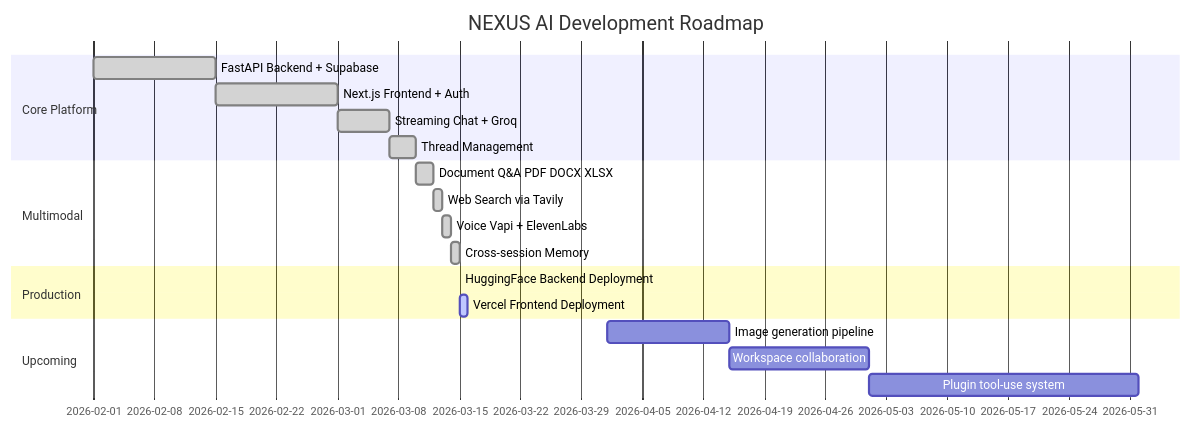
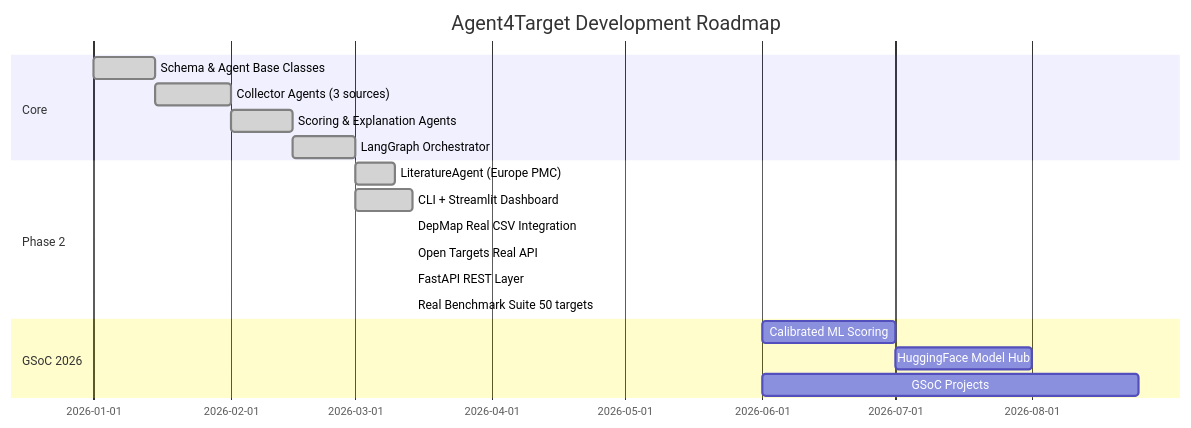
One commit to kumardhruv88/agent4agent changed the second of 2 diagrams in README.md. Above: the diagram before and after it, drawn with Mermaid. The commit also changed other lines of this file, not shown here.

````diff
--- a/README.md
+++ b/README.md
@@ -404,22 +452,21 @@
 ```mermaid
 gantt
-    title NEXUS AI Development Roadmap
+    title Agent4Target Development Roadmap
     dateFormat YYYY-MM-DD
-    section Core Platform
-        FastAPI Backend + Supabase       :done,    2026-02-01, 2026-02-15
-        Next.js Frontend + Auth          :done,    2026-02-15, 2026-03-01
-        Streaming Chat + Groq            :done,    2026-03-01, 2026-03-07
-        Thread Management                :done,    2026-03-07, 2026-03-10
-    section Multimodal
-        Document Q&A PDF DOCX XLSX       :done,    2026-03-10, 2026-03-12
-        Web Search via Tavily            :done,    2026-03-12, 2026-03-13
-        Voice Vapi + ElevenLabs          :done,    2026-03-13, 2026-03-14
-        Cross-session Memory             :done,    2026-03-14, 2026-03-15
-    section Production
-        HuggingFace Backend Deployment   :done,    2026-03-15, 2026-03-15
-        Vercel Frontend Deployment       :active,  2026-03-15, 2026-03-16
-    section Upcoming
-        Image generation pipeline        :         2026-04-01, 2026-04-15
-        Workspace collaboration          :         2026-04-15, 2026-05-01
-        Plugin tool-use system           :         2026-05-01, 2026-06-01
+    section Core
+        Schema & Agent Base Classes     :done,    2026-01-01, 2026-01-15
+        Collector Agents (3 sources)    :done,    2026-01-15, 2026-02-01
+        Scoring & Explanation Agents    :done,    2026-02-01, 2026-02-15
+        LangGraph Orchestrator          :done,    2026-02-15, 2026-03-01
+    section Phase 2
+        LiteratureAgent (Europe PMC)    :done,    2026-03-01, 2026-03-10
+        CLI + Streamlit Dashboard       :done,    2026-03-01, 2026-03-14
+        DepMap Real CSV Integration     :done,    2026-03-14, 2026-03-14
+        Open Targets Real API           :done,    2026-03-14, 2026-03-14
+        FastAPI REST Layer              :done,    2026-03-14, 2026-03-14
+        Real Benchmark Suite 50 targets :done,    2026-03-14, 2026-03-14
+    section GSoC 2026
+        Calibrated ML Scoring           :         2026-06-01, 2026-07-01
+        HuggingFace Model Hub           :         2026-07-01, 2026-08-01
+        GSoC Projects                   :         2026-06-01, 2026-08-25
 ```
````
